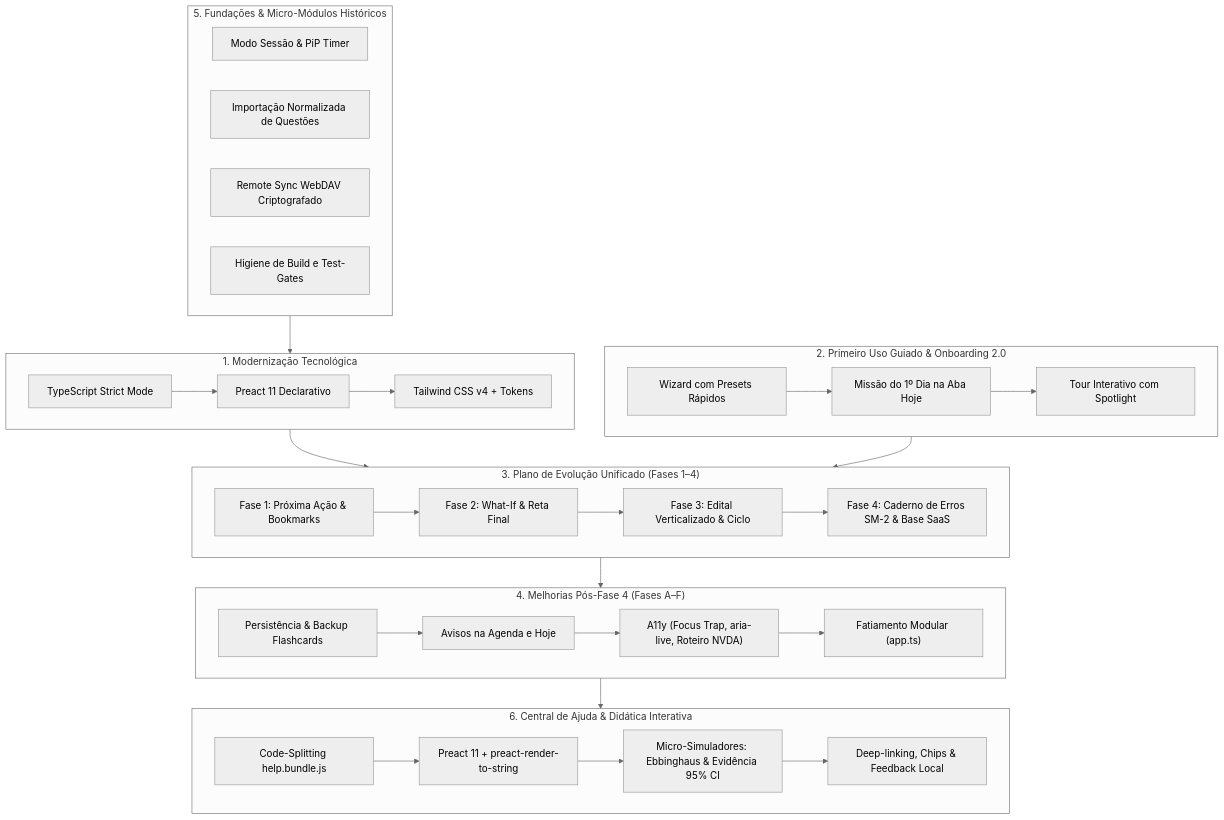
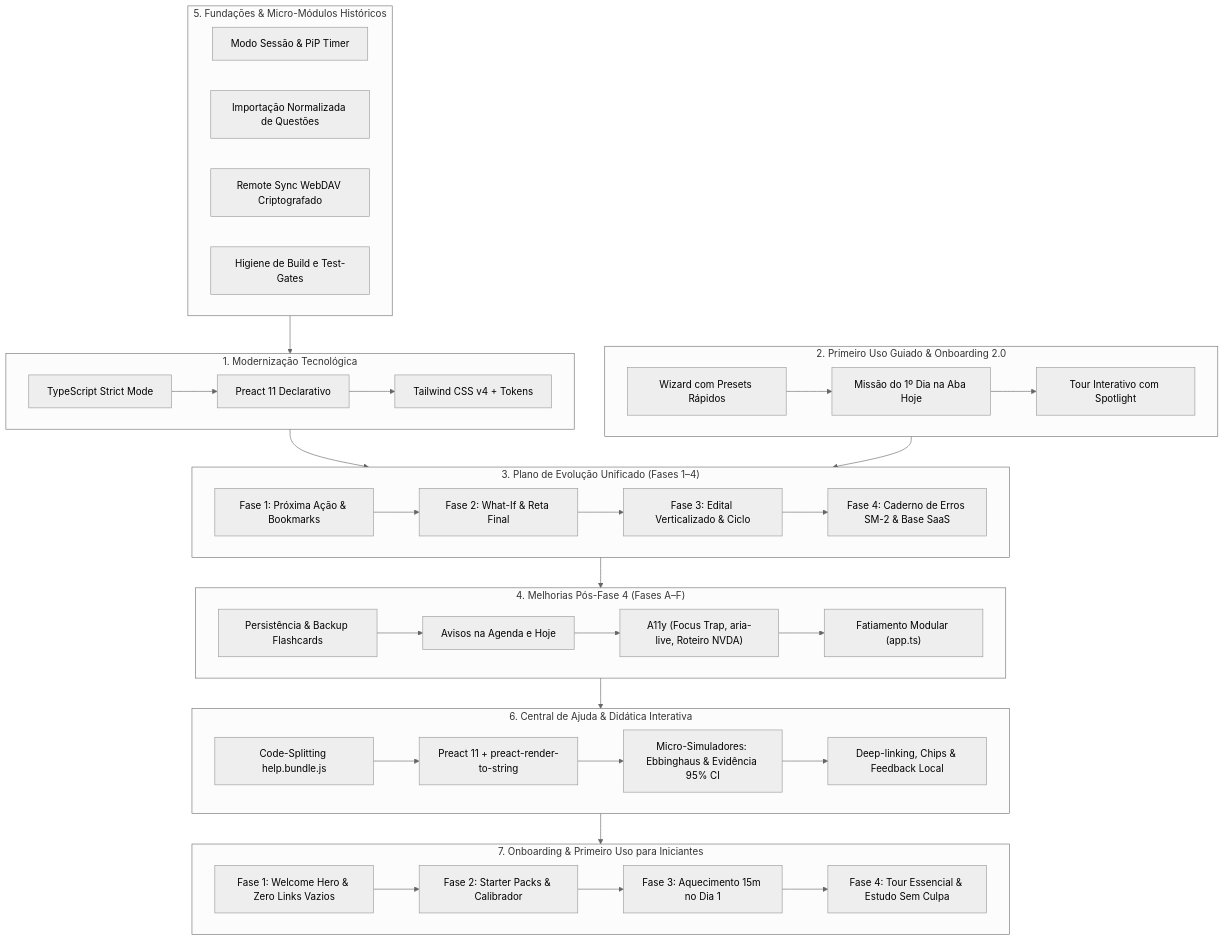
The diagram in docs/PLANOS-CONCLUIDOS.md (vitoriapac/Extrato), drawn with Mermaid (neutral theme) before and after one commit. The commit also changed other lines of this file and 110 other files, not shown here.

First line of the commit message:
feat(onboarding): aprimoramento de boas-vindas, starter packs e ativacao no primeiro dia

````diff
--- a/docs/PLANOS-CONCLUIDOS.md
+++ b/docs/PLANOS-CONCLUIDOS.md
@@ -15,43 +15,50 @@
 ```mermaid
 flowchart TD
     subgraph P1 ["1. Modernização Tecnológica"]
         P1A["TypeScript Strict Mode"] --> P1B["Preact 11 Declarativo"]
         P1B --> P1C["Tailwind CSS v4 + Tokens"]
     end
 
     subgraph P2 ["2. Primeiro Uso Guiado & Onboarding 2.0"]
         P2A["Wizard com Presets Rápidos"] --> P2B["Missão do 1º Dia na Aba Hoje"]
         P2B --> P2C["Tour Interativo com Spotlight"]
     end
 
     subgraph P3 ["3. Plano de Evolução Unificado (Fases 1–4)"]
         P3A["Fase 1: Próxima Ação & Bookmarks"] --> P3B["Fase 2: What-If & Reta Final"]
         P3B --> P3C["Fase 3: Edital Verticalizado & Ciclo"]
         P3C --> P3D["Fase 4: Caderno de Erros SM-2 & Base SaaS"]
     end
 
     subgraph P4 ["4. Melhorias Pós-Fase 4 (Fases A–F)"]
         P4A["Persistência & Backup Flashcards"] --> P4B["Avisos na Agenda e Hoje"]
         P4B --> P4C["A11y (Focus Trap, aria-live, Roteiro NVDA)"]
         P4C --> P4D["Fatiamento Modular (app.ts)"]
     end
 
     subgraph P5 ["5. Fundações & Micro-Módulos Históricos"]
         P5A["Modo Sessão & PiP Timer"]
         P5B["Importação Normalizada de Questões"]
         P5C["Remote Sync WebDAV Criptografado"]
         P5D["Higiene de Build e Test-Gates"]
     end
 
     subgraph P6 ["6. Central de Ajuda & Didática Interativa"]
         P6A["Code-Splitting help.bundle.js"] --> P6B["Preact 11 + preact-render-to-string"]
         P6B --> P6C["Micro-Simuladores: Ebbinghaus & Evidência 95% CI"]
         P6C --> P6D["Deep-linking, Chips & Feedback Local"]
     end
 
+    subgraph P7 ["7. Onboarding & Primeiro Uso para Iniciantes"]
+        P7A["Fase 1: Welcome Hero & Zero Links Vazios"] --> P7B["Fase 2: Starter Packs & Calibrador"]
+        P7B --> P7C["Fase 3: Aquecimento 15m no Dia 1"]
+        P7C --> P7D["Fase 4: Tour Essencial & Estudo Sem Culpa"]
+    end
+
     P1 --> P3
     P2 --> P3
     P3 --> P4
     P5 --> P1
     P4 --> P6
+    P6 --> P7
 ```
````
